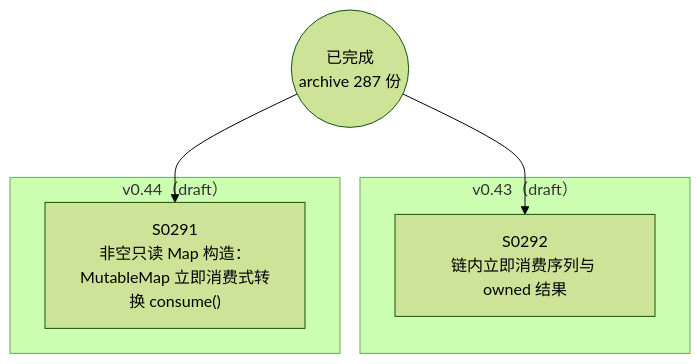
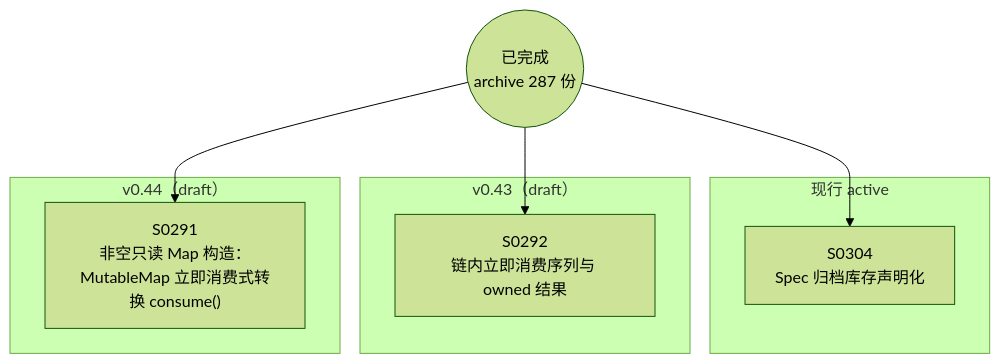
Before and after one commit to Halckon/Koven: the diagram in docs/specs/dependency-graph.md, drawn with Mermaid (forest theme). The commit also changed other lines of this file and 7 other files, not shown here.

````diff
--- a/docs/specs/dependency-graph.md
+++ b/docs/specs/dependency-graph.md
@@ -9,12 +9,16 @@
 ```mermaid
 flowchart TD
 ARCH(("已完成<br/>archive 287 份"))
+subgraph Gactive["现行 active"]
+  S0304["S0304<br/>Spec 归档库存声明化"]
+end
 subgraph Gdrafts_v043["v0.43（draft）"]
   S0292["S0292<br/>链内立即消费序列与 owned 结果"]
 end
 subgraph Gdrafts_v044["v0.44（draft）"]
   S0291["S0291<br/>非空只读 Map 构造：MutableMap 立即消费式转换 consume()"]
 end
 ARCH --> S0291
 ARCH --> S0292
+ARCH --> S0304
 ```
````
